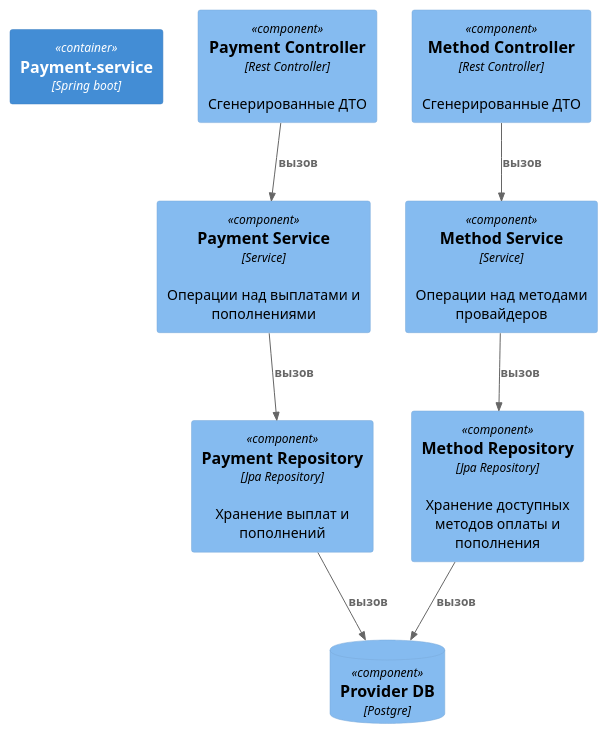
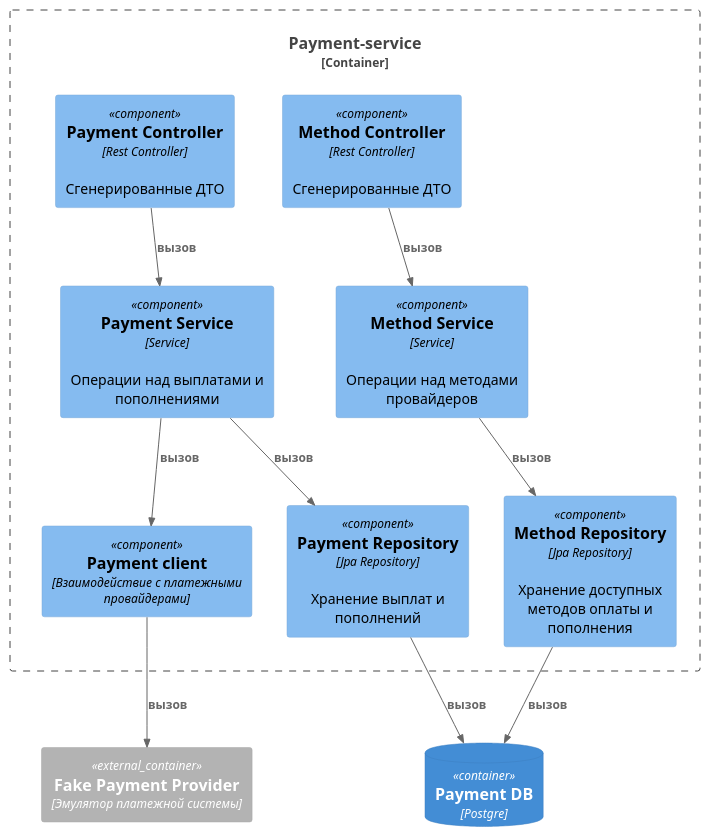
One commit to diamam90/payment-system changed the diagram in diagram/payment-service-component.puml. Above: the diagram before and after it, drawn with PlantUML. The commit also changed 5 other files, not shown here.

Commit message:
Правки по диаграммам

```diff
--- a/diagram/payment-service-component.puml
+++ b/diagram/payment-service-component.puml
@@ -1,29 +1,37 @@
 @startuml
 !includeurl https://raw.githubusercontent.com/plantuml-stdlib/C4-PlantUML/master/C4_Component.puml
 
-Container(ps,"Payment-service","Spring boot")
+Container_Boundary(ps,"Payment-service") {
 
-Component(paymentController, "Payment Controller", "Rest Controller", "Сгенерированные ДТО")
-Component(methodController, "Method Controller", "Rest Controller", "Сгенерированные ДТО")
+    Component(paymentController, "Payment Controller", "Rest Controller", "Сгенерированные ДТО")
+    Component(methodController, "Method Controller", "Rest Controller", "Сгенерированные ДТО")
 
-Component(paymentService,"Payment Service","Service","Операции над выплатами и пополнениями")
-Component(methodService, "Method Service", "Service", "Операции над методами провайдеров")
-ComponentDb(paymentDb,"Provider DB","Postgre")
+    Component(paymentService,"Payment Service","Service","Операции над выплатами и пополнениями")
+    Component(methodService, "Method Service", "Service", "Операции над методами провайдеров")
+    Component(paymentClient, "Payment client", "Взаимодействие с платежными провайдерами")
 
-Component(paymentRepo, "Payment Repository","Jpa Repository", "Хранение выплат и пополнений")
-Component(methodRepo, "Method Repository", "Jpa Repository","Хранение доступных методов оплаты и пополнения")
+    Component(paymentRepo, "Payment Repository","Jpa Repository", "Хранение выплат и пополнений")
+    Component(methodRepo, "Method Repository", "Jpa Repository","Хранение доступных методов оплаты и пополнения")
+}
+
+ContainerDb(paymentDb,"Payment DB","Postgre")
+
+Container_Ext(fakePayment, "Fake Payment Provider", "Эмулятор платежной системы")
 
 Lay_R(ps, paymentController)
 Lay_R(paymentController, methodController)
 Lay_D(paymentController, paymentService)
 
 Rel(methodController, methodService, "вызов")
 Rel(paymentController, paymentService, "вызов")
 
+Rel(paymentService, paymentClient, "вызов")
 Rel(paymentService, paymentRepo, "вызов")
 Rel(methodService, methodRepo, "вызов")
+
+Rel(paymentClient, fakePayment, "вызов")
 
 Rel(methodRepo, paymentDb, "вызов")
 Rel(paymentRepo, paymentDb, "вызов")
 
 @enduml
```
